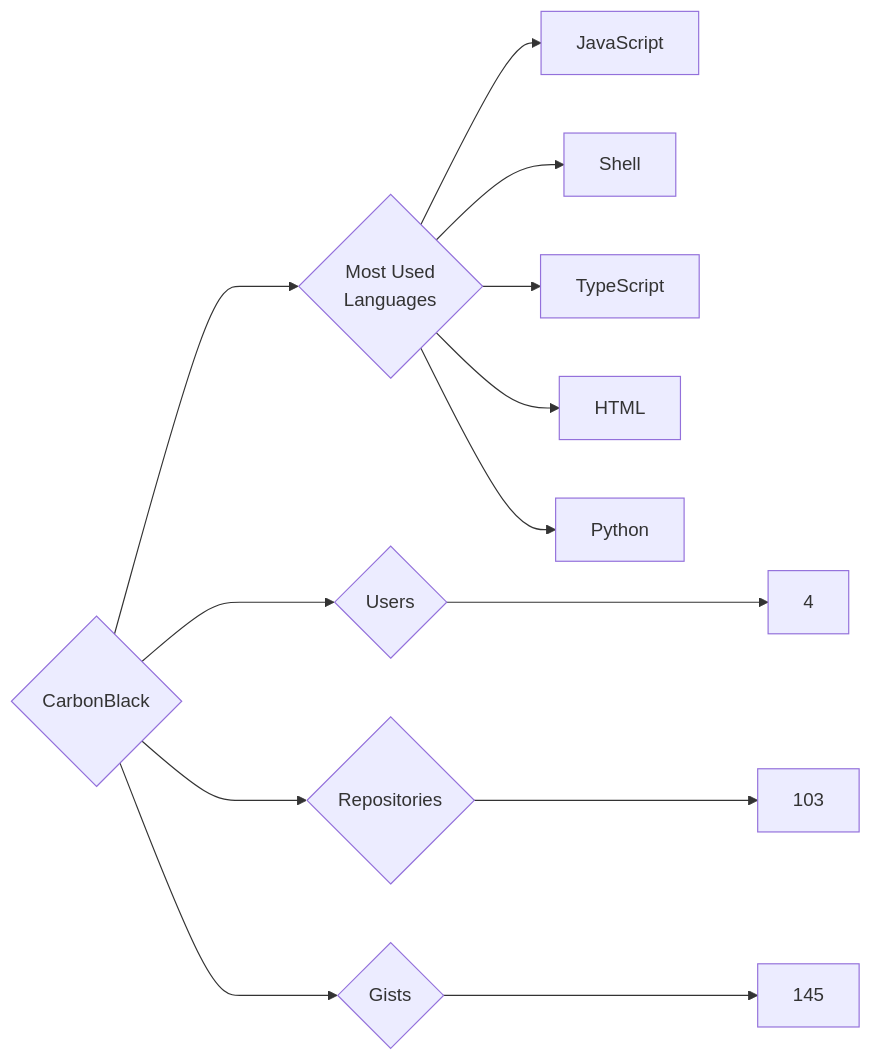
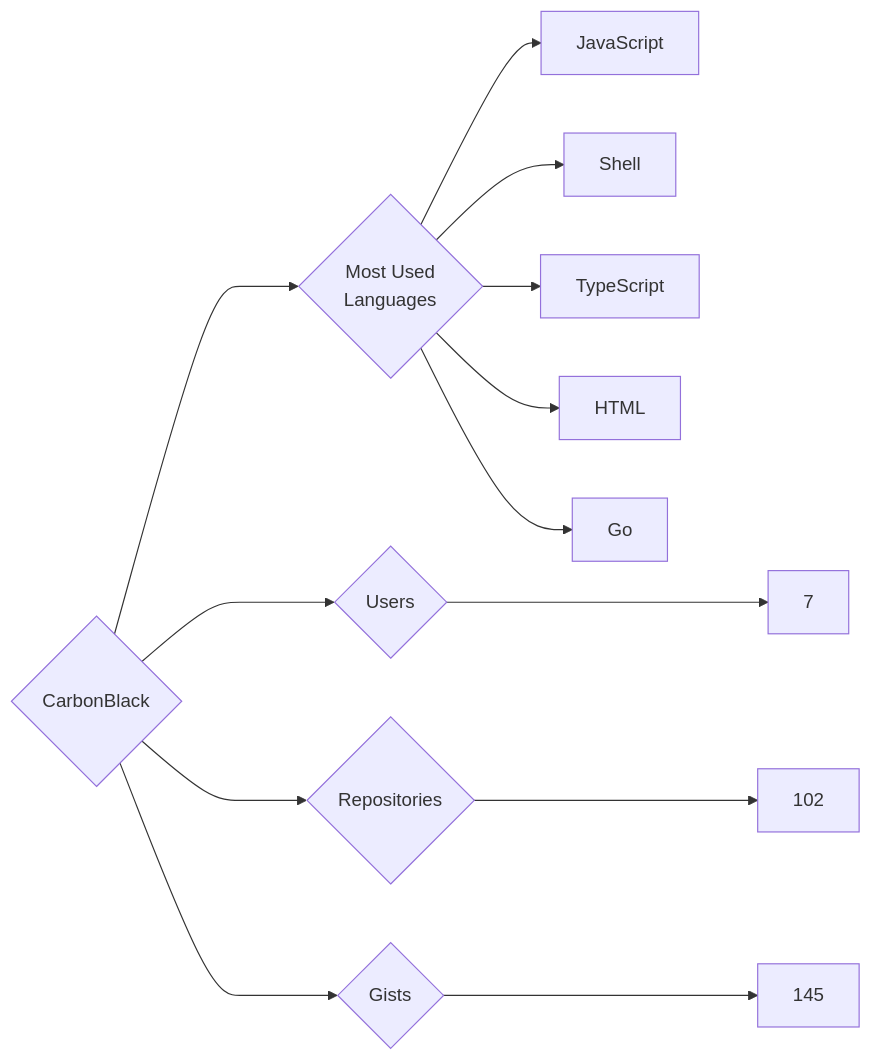
Before and after one commit to trickest/insiders: the diagram in targets/CarbonBlack/README.md, drawn with Mermaid. The commit also changed 1078 other files, not shown here.

````diff
--- a/targets/CarbonBlack/README.md
+++ b/targets/CarbonBlack/README.md
@@ -3,13 +3,13 @@
 ```mermaid
 graph LR
 COMPANY_NAME{CarbonBlack}
-COMPANY_NAME ---> U{Users} ---> UN[4]
-COMPANY_NAME ---> R{Repositories} ---> RN[103]
+COMPANY_NAME ---> U{Users} ---> UN[7]
+COMPANY_NAME ---> R{Repositories} ---> RN[102]
 COMPANY_NAME ---> G{Gists} ---> GN[145]
 COMPANY_NAME ---> ML{Most Used<br>Languages}
 ML --> JavaScript[JavaScript]
 ML --> Shell[Shell]
 ML --> TypeScript[TypeScript]
 ML --> HTML[HTML]
-ML --> Python[Python]
+ML --> Go[Go]
 ```
````
